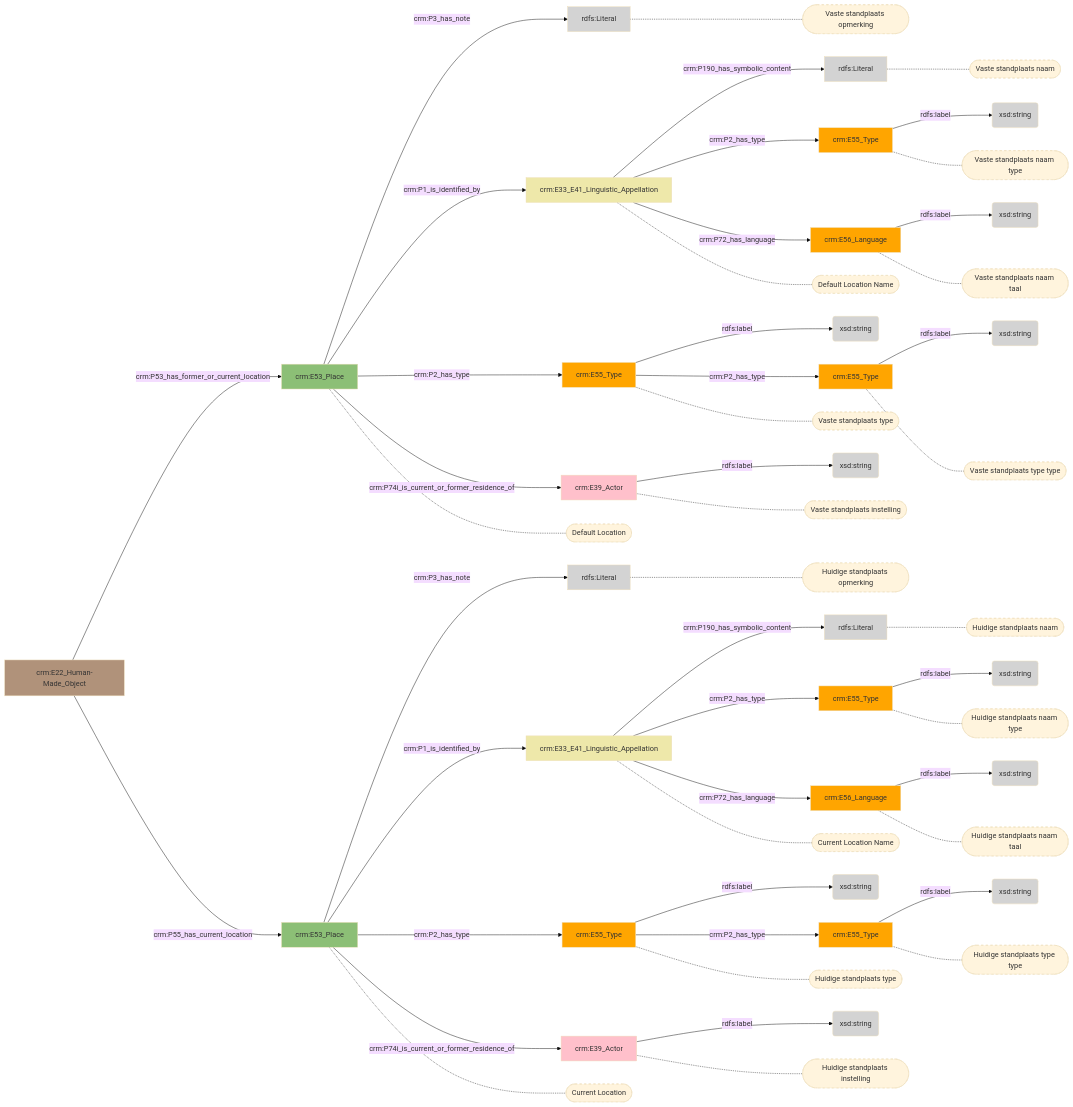
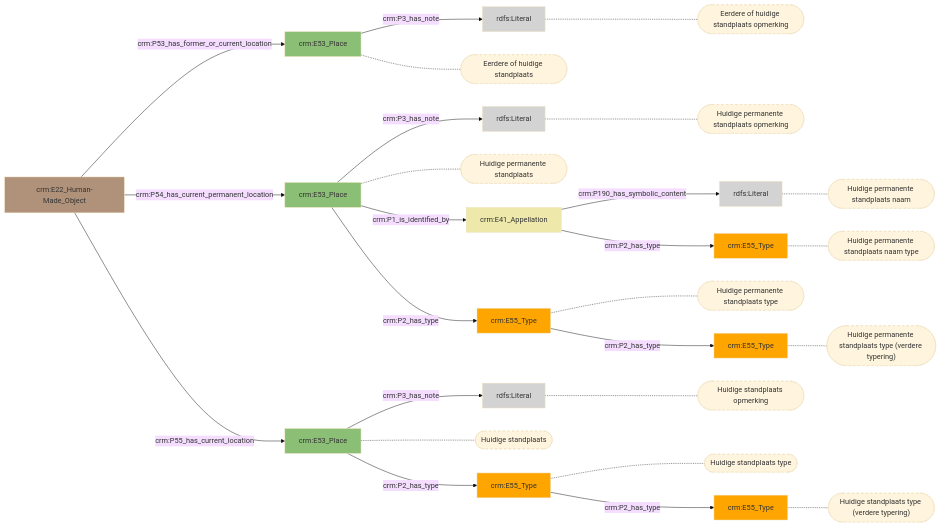
One commit to digipolisantwerpdocumentation/antwerp-cultureel-erfgoed changed the diagram in docs/content/modellen/MuseologicalObject/Bewaargegevens.md. Above: the diagram before and after it, drawn with Mermaid (base theme). The commit also changed 170 other files, not shown here.

````diff
--- a/docs/content/modellen/MuseologicalObject/Bewaargegevens.md
+++ b/docs/content/modellen/MuseologicalObject/Bewaargegevens.md
@@ -1,96 +1,54 @@
 ```mermaid
 graph LR
-5f44d5de-214b-11ee-b0c4-00163e71351b["crm:E55_Type"]-->|"rdfs:label"|5f44df20-214b-11ee-b0c4-00163e71351b(xsd:string)
+style 0f1fd631-11c7-11ef-a3dc-960002548b4f fill:#ffa500
+style 2228b397-11c7-11ef-a81c-960002548b4f fill:#ffa500
+style 363a94c3-11c7-11ef-8584-960002548b4f fill:#EEE8AA
+style 547aab60-11c7-11ef-a70e-960002548b4f fill:#D3D3D3
+style 5f44d5de-214b-11ee-b0c4-00163e71351b fill:#ffa500
+style 5f44d9bc-214b-11ee-b0c4-00163e71351b fill:#8CBF76
+style 5f44e574-214b-11ee-b0c4-00163e71351b fill:#ffa500
+style 5f44e678-214b-11ee-b0c4-00163e71351b fill:#D3D3D3
+style 66a39e0d-11c6-11ef-9391-960002548b4f fill:#8CBF76
+style aea27944-2149-11ee-bc5c-00163e71351b fill:#8CBF76
+style aea280f6-2149-11ee-bc5c-00163e71351b fill:#D3D3D3
+style b7ef04a1-11c7-11ef-8929-960002548b4f fill:#ffa500
+style f8ece1d5-11c7-11ef-a051-960002548b4f fill:#D3D3D3
+style fa95cea2-dd27-11ed-9655-00163e71351b fill:#B0927A
+363a94c3-11c7-11ef-8584-960002548b4f["crm:E41_Appellation"]-->|"crm:P190_has_symbolic_content"|547aab60-11c7-11ef-a70e-960002548b4f(rdfs:Literal)
 5f44d9bc-214b-11ee-b0c4-00163e71351b["crm:E53_Place"]-->|"crm:P3_has_note"|5f44e678-214b-11ee-b0c4-00163e71351b(rdfs:Literal)
-5f44dc82-214b-11ee-b0c4-00163e71351b["crm:E33_E41_Linguistic_Appellation"]-->|"crm:P190_has_symbolic_content"|5f44ebdc-214b-11ee-b0c4-00163e71351b(rdfs:Literal)
-5f44e574-214b-11ee-b0c4-00163e71351b["crm:E55_Type"]-->|"rdfs:label"|5f44e83a-214b-11ee-b0c4-00163e71351b(xsd:string)
-5f44e75e-214b-11ee-b0c4-00163e71351b["crm:E39_Actor"]-->|"rdfs:label"|5f44e920-214b-11ee-b0c4-00163e71351b(xsd:string)
-5f44ecc2-214b-11ee-b0c4-00163e71351b["crm:E55_Type"]-->|"rdfs:label"|5f44ea10-214b-11ee-b0c4-00163e71351b(xsd:string)
-5f44f2b2-214b-11ee-b0c4-00163e71351b["crm:E56_Language"]-->|"rdfs:label"|5f44ed9e-214b-11ee-b0c4-00163e71351b(xsd:string)
-aea27566-2149-11ee-bc5c-00163e71351b["crm:E55_Type"]-->|"rdfs:label"|aea27eda-2149-11ee-bc5c-00163e71351b(xsd:string)
+66a39e0d-11c6-11ef-9391-960002548b4f["crm:E53_Place"]-->|"crm:P3_has_note"|f8ece1d5-11c7-11ef-a051-960002548b4f(rdfs:Literal)
 aea27944-2149-11ee-bc5c-00163e71351b["crm:E53_Place"]-->|"crm:P3_has_note"|aea280f6-2149-11ee-bc5c-00163e71351b(rdfs:Literal)
-aea27c14-2149-11ee-bc5c-00163e71351b["crm:E33_E41_Linguistic_Appellation"]-->|"crm:P190_has_symbolic_content"|aea2865a-2149-11ee-bc5c-00163e71351b(rdfs:Literal)
-aea28006-2149-11ee-bc5c-00163e71351b["crm:E55_Type"]-->|"rdfs:label"|aea282cc-2149-11ee-bc5c-00163e71351b(xsd:string)
-aea281e6-2149-11ee-bc5c-00163e71351b["crm:E39_Actor"]-->|"rdfs:label"|aea283b2-2149-11ee-bc5c-00163e71351b(xsd:string)
-aea28740-2149-11ee-bc5c-00163e71351b["crm:E55_Type"]-->|"rdfs:label"|aea28498-2149-11ee-bc5c-00163e71351b(xsd:string)
-aea28d62-2149-11ee-bc5c-00163e71351b["crm:E56_Language"]-->|"rdfs:label"|aea28826-2149-11ee-bc5c-00163e71351b(xsd:string)
-5f44d5de-214b-11ee-b0c4-00163e71351b["crm:E55_Type"]-->|"crm:P2_has_type"|5f44e574-214b-11ee-b0c4-00163e71351b["crm:E55_Type"]
-5f44d9bc-214b-11ee-b0c4-00163e71351b["crm:E53_Place"]-->|"crm:P1_is_identified_by"|5f44dc82-214b-11ee-b0c4-00163e71351b["crm:E33_E41_Linguistic_Appellation"]
-5f44d9bc-214b-11ee-b0c4-00163e71351b["crm:E53_Place"]-->|"crm:P2_has_type"|5f44d5de-214b-11ee-b0c4-00163e71351b["crm:E55_Type"]
-5f44d9bc-214b-11ee-b0c4-00163e71351b["crm:E53_Place"]-->|"crm:P74i_is_current_or_former_residence_of"|5f44e75e-214b-11ee-b0c4-00163e71351b["crm:E39_Actor"]
-5f44dc82-214b-11ee-b0c4-00163e71351b["crm:E33_E41_Linguistic_Appellation"]-->|"crm:P2_has_type"|5f44ecc2-214b-11ee-b0c4-00163e71351b["crm:E55_Type"]
-5f44dc82-214b-11ee-b0c4-00163e71351b["crm:E33_E41_Linguistic_Appellation"]-->|"crm:P72_has_language"|5f44f2b2-214b-11ee-b0c4-00163e71351b["crm:E56_Language"]
-aea27566-2149-11ee-bc5c-00163e71351b["crm:E55_Type"]-->|"crm:P2_has_type"|aea28006-2149-11ee-bc5c-00163e71351b["crm:E55_Type"]
-aea27944-2149-11ee-bc5c-00163e71351b["crm:E53_Place"]-->|"crm:P1_is_identified_by"|aea27c14-2149-11ee-bc5c-00163e71351b["crm:E33_E41_Linguistic_Appellation"]
-aea27944-2149-11ee-bc5c-00163e71351b["crm:E53_Place"]-->|"crm:P2_has_type"|aea27566-2149-11ee-bc5c-00163e71351b["crm:E55_Type"]
-aea27944-2149-11ee-bc5c-00163e71351b["crm:E53_Place"]-->|"crm:P74i_is_current_or_former_residence_of"|aea281e6-2149-11ee-bc5c-00163e71351b["crm:E39_Actor"]
-aea27c14-2149-11ee-bc5c-00163e71351b["crm:E33_E41_Linguistic_Appellation"]-->|"crm:P2_has_type"|aea28740-2149-11ee-bc5c-00163e71351b["crm:E55_Type"]
-aea27c14-2149-11ee-bc5c-00163e71351b["crm:E33_E41_Linguistic_Appellation"]-->|"crm:P72_has_language"|aea28d62-2149-11ee-bc5c-00163e71351b["crm:E56_Language"]
-fa95cea2-dd27-11ed-9655-00163e71351b["crm:E22_Human-Made_Object"]-->|"crm:P53_has_former_or_current_location"|aea27944-2149-11ee-bc5c-00163e71351b["crm:E53_Place"]
-fa95cea2-dd27-11ed-9655-00163e71351b["crm:E22_Human-Made_Object"]-->|"crm:P55_has_current_location"|5f44d9bc-214b-11ee-b0c4-00163e71351b["crm:E53_Place"]
-5f44e574-214b-11ee-b0c4-00163e71351b["crm:E55_Type"]-.-5f44e574-214b-11ee-b0c4-00163e71351b_s(["Huidige standplaats type type"])
-5f44dc82-214b-11ee-b0c4-00163e71351b["crm:E33_E41_Linguistic_Appellation"]-.-5f44dc82-214b-11ee-b0c4-00163e71351b_s(["Current Location Name"])
+2228b397-11c7-11ef-a81c-960002548b4f["crm:E55_Type"]-.-2228b397-11c7-11ef-a81c-960002548b4f_s(["Huidige permanente standplaats type (verdere typering)"])
+547aab60-11c7-11ef-a70e-960002548b4f["rdfs:Literal"]-.-547aab60-11c7-11ef-a70e-960002548b4f_s(["Huidige permanente standplaats naam"])
+b7ef04a1-11c7-11ef-8929-960002548b4f["crm:E55_Type"]-.-b7ef04a1-11c7-11ef-8929-960002548b4f_s(["Huidige permanente standplaats naam type"])
+5f44e574-214b-11ee-b0c4-00163e71351b["crm:E55_Type"]-.-5f44e574-214b-11ee-b0c4-00163e71351b_s(["Huidige standplaats type (verdere typering)"])
 5f44d5de-214b-11ee-b0c4-00163e71351b["crm:E55_Type"]-.-5f44d5de-214b-11ee-b0c4-00163e71351b_s(["Huidige standplaats type"])
 5f44e678-214b-11ee-b0c4-00163e71351b["rdfs:Literal"]-.-5f44e678-214b-11ee-b0c4-00163e71351b_s(["Huidige standplaats opmerking"])
-5f44e75e-214b-11ee-b0c4-00163e71351b["crm:E39_Actor"]-.-5f44e75e-214b-11ee-b0c4-00163e71351b_s(["Huidige standplaats instelling"])
-5f44ebdc-214b-11ee-b0c4-00163e71351b["rdfs:Literal"]-.-5f44ebdc-214b-11ee-b0c4-00163e71351b_s(["Huidige standplaats naam"])
-5f44ecc2-214b-11ee-b0c4-00163e71351b["crm:E55_Type"]-.-5f44ecc2-214b-11ee-b0c4-00163e71351b_s(["Huidige standplaats naam type"])
-5f44f2b2-214b-11ee-b0c4-00163e71351b["crm:E56_Language"]-.-5f44f2b2-214b-11ee-b0c4-00163e71351b_s(["Huidige standplaats naam taal"])
-aea28006-2149-11ee-bc5c-00163e71351b["crm:E55_Type"]-.-aea28006-2149-11ee-bc5c-00163e71351b_s(["Vaste standplaats type type"])
-aea27c14-2149-11ee-bc5c-00163e71351b["crm:E33_E41_Linguistic_Appellation"]-.-aea27c14-2149-11ee-bc5c-00163e71351b_s(["Default Location Name"])
-aea27566-2149-11ee-bc5c-00163e71351b["crm:E55_Type"]-.-aea27566-2149-11ee-bc5c-00163e71351b_s(["Vaste standplaats type"])
-aea280f6-2149-11ee-bc5c-00163e71351b["rdfs:Literal"]-.-aea280f6-2149-11ee-bc5c-00163e71351b_s(["Vaste standplaats opmerking"])
-aea281e6-2149-11ee-bc5c-00163e71351b["crm:E39_Actor"]-.-aea281e6-2149-11ee-bc5c-00163e71351b_s(["Vaste standplaats instelling"])
-aea2865a-2149-11ee-bc5c-00163e71351b["rdfs:Literal"]-.-aea2865a-2149-11ee-bc5c-00163e71351b_s(["Vaste standplaats naam"])
-aea28740-2149-11ee-bc5c-00163e71351b["crm:E55_Type"]-.-aea28740-2149-11ee-bc5c-00163e71351b_s(["Vaste standplaats naam type"])
-aea28d62-2149-11ee-bc5c-00163e71351b["crm:E56_Language"]-.-aea28d62-2149-11ee-bc5c-00163e71351b_s(["Vaste standplaats naam taal"])
-aea27944-2149-11ee-bc5c-00163e71351b["crm:E53_Place"]-.-aea27944-2149-11ee-bc5c-00163e71351b_s(["Default Location"])
-5f44d9bc-214b-11ee-b0c4-00163e71351b["crm:E53_Place"]-.-5f44d9bc-214b-11ee-b0c4-00163e71351b_s(["Current Location"])
+0f1fd631-11c7-11ef-a3dc-960002548b4f["crm:E55_Type"]-.-0f1fd631-11c7-11ef-a3dc-960002548b4f_s(["Huidige permanente standplaats type"])
+f8ece1d5-11c7-11ef-a051-960002548b4f["rdfs:Literal"]-.-f8ece1d5-11c7-11ef-a051-960002548b4f_s(["Huidige permanente standplaats opmerking"])
+aea280f6-2149-11ee-bc5c-00163e71351b["rdfs:Literal"]-.-aea280f6-2149-11ee-bc5c-00163e71351b_s(["Eerdere of huidige standplaats opmerking"])
+aea27944-2149-11ee-bc5c-00163e71351b["crm:E53_Place"]-.-aea27944-2149-11ee-bc5c-00163e71351b_s(["Eerdere of huidige standplaats"])
+66a39e0d-11c6-11ef-9391-960002548b4f["crm:E53_Place"]-.-66a39e0d-11c6-11ef-9391-960002548b4f_s(["Huidige permanente standplaats"])
+5f44d9bc-214b-11ee-b0c4-00163e71351b["crm:E53_Place"]-.-5f44d9bc-214b-11ee-b0c4-00163e71351b_s(["Huidige standplaats"])
+style 2228b397-11c7-11ef-a81c-960002548b4f_s stroke-dasharray: 5
+style 547aab60-11c7-11ef-a70e-960002548b4f_s stroke-dasharray: 5
+style b7ef04a1-11c7-11ef-8929-960002548b4f_s stroke-dasharray: 5
 style 5f44e574-214b-11ee-b0c4-00163e71351b_s stroke-dasharray: 5
-style 5f44dc82-214b-11ee-b0c4-00163e71351b_s stroke-dasharray: 5
 style 5f44d5de-214b-11ee-b0c4-00163e71351b_s stroke-dasharray: 5
 style 5f44e678-214b-11ee-b0c4-00163e71351b_s stroke-dasharray: 5
-style 5f44e75e-214b-11ee-b0c4-00163e71351b_s stroke-dasharray: 5
-style 5f44ebdc-214b-11ee-b0c4-00163e71351b_s stroke-dasharray: 5
-style 5f44ecc2-214b-11ee-b0c4-00163e71351b_s stroke-dasharray: 5
-style 5f44f2b2-214b-11ee-b0c4-00163e71351b_s stroke-dasharray: 5
-style aea28006-2149-11ee-bc5c-00163e71351b_s stroke-dasharray: 5
-style aea27c14-2149-11ee-bc5c-00163e71351b_s stroke-dasharray: 5
-style aea27566-2149-11ee-bc5c-00163e71351b_s stroke-dasharray: 5
+style 0f1fd631-11c7-11ef-a3dc-960002548b4f_s stroke-dasharray: 5
+style f8ece1d5-11c7-11ef-a051-960002548b4f_s stroke-dasharray: 5
 style aea280f6-2149-11ee-bc5c-00163e71351b_s stroke-dasharray: 5
-style aea281e6-2149-11ee-bc5c-00163e71351b_s stroke-dasharray: 5
-style aea2865a-2149-11ee-bc5c-00163e71351b_s stroke-dasharray: 5
-style aea28740-2149-11ee-bc5c-00163e71351b_s stroke-dasharray: 5
-style aea28d62-2149-11ee-bc5c-00163e71351b_s stroke-dasharray: 5
 style aea27944-2149-11ee-bc5c-00163e71351b_s stroke-dasharray: 5
+style 66a39e0d-11c6-11ef-9391-960002548b4f_s stroke-dasharray: 5
 style 5f44d9bc-214b-11ee-b0c4-00163e71351b_s stroke-dasharray: 5
-style 5f44d5de-214b-11ee-b0c4-00163e71351b fill:#ffa500
-style 5f44d9bc-214b-11ee-b0c4-00163e71351b fill:#8CBF76
-style 5f44dc82-214b-11ee-b0c4-00163e71351b fill:#EEE8AA
-style 5f44df20-214b-11ee-b0c4-00163e71351b fill:#D3D3D3
-style 5f44e574-214b-11ee-b0c4-00163e71351b fill:#ffa500
-style 5f44e678-214b-11ee-b0c4-00163e71351b fill:#D3D3D3
-style 5f44e75e-214b-11ee-b0c4-00163e71351b fill:#ffc0cb
-style 5f44e83a-214b-11ee-b0c4-00163e71351b fill:#D3D3D3
-style 5f44e920-214b-11ee-b0c4-00163e71351b fill:#D3D3D3
-style 5f44ea10-214b-11ee-b0c4-00163e71351b fill:#D3D3D3
-style 5f44ebdc-214b-11ee-b0c4-00163e71351b fill:#D3D3D3
-style 5f44ecc2-214b-11ee-b0c4-00163e71351b fill:#ffa500
-style 5f44ed9e-214b-11ee-b0c4-00163e71351b fill:#D3D3D3
-style 5f44f2b2-214b-11ee-b0c4-00163e71351b fill:#ffa500
-style aea27566-2149-11ee-bc5c-00163e71351b fill:#ffa500
-style aea27944-2149-11ee-bc5c-00163e71351b fill:#8CBF76
-style aea27c14-2149-11ee-bc5c-00163e71351b fill:#EEE8AA
-style aea27eda-2149-11ee-bc5c-00163e71351b fill:#D3D3D3
-style aea28006-2149-11ee-bc5c-00163e71351b fill:#ffa500
-style aea280f6-2149-11ee-bc5c-00163e71351b fill:#D3D3D3
-style aea281e6-2149-11ee-bc5c-00163e71351b fill:#ffc0cb
-style aea282cc-2149-11ee-bc5c-00163e71351b fill:#D3D3D3
-style aea283b2-2149-11ee-bc5c-00163e71351b fill:#D3D3D3
-style aea28498-2149-11ee-bc5c-00163e71351b fill:#D3D3D3
-style aea2865a-2149-11ee-bc5c-00163e71351b fill:#D3D3D3
-style aea28740-2149-11ee-bc5c-00163e71351b fill:#ffa500
-style aea28826-2149-11ee-bc5c-00163e71351b fill:#D3D3D3
-style aea28d62-2149-11ee-bc5c-00163e71351b fill:#ffa500
-style fa95cea2-dd27-11ed-9655-00163e71351b fill:#B0927A
+0f1fd631-11c7-11ef-a3dc-960002548b4f["crm:E55_Type"]-->|"crm:P2_has_type"|2228b397-11c7-11ef-a81c-960002548b4f["crm:E55_Type"]
+363a94c3-11c7-11ef-8584-960002548b4f["crm:E41_Appellation"]-->|"crm:P2_has_type"|b7ef04a1-11c7-11ef-8929-960002548b4f["crm:E55_Type"]
+5f44d5de-214b-11ee-b0c4-00163e71351b["crm:E55_Type"]-->|"crm:P2_has_type"|5f44e574-214b-11ee-b0c4-00163e71351b["crm:E55_Type"]
+5f44d9bc-214b-11ee-b0c4-00163e71351b["crm:E53_Place"]-->|"crm:P2_has_type"|5f44d5de-214b-11ee-b0c4-00163e71351b["crm:E55_Type"]
+66a39e0d-11c6-11ef-9391-960002548b4f["crm:E53_Place"]-->|"crm:P1_is_identified_by"|363a94c3-11c7-11ef-8584-960002548b4f["crm:E41_Appellation"]
+66a39e0d-11c6-11ef-9391-960002548b4f["crm:E53_Place"]-->|"crm:P2_has_type"|0f1fd631-11c7-11ef-a3dc-960002548b4f["crm:E55_Type"]
+fa95cea2-dd27-11ed-9655-00163e71351b["crm:E22_Human-Made_Object"]-->|"crm:P53_has_former_or_current_location"|aea27944-2149-11ee-bc5c-00163e71351b["crm:E53_Place"]
+fa95cea2-dd27-11ed-9655-00163e71351b["crm:E22_Human-Made_Object"]-->|"crm:P54_has_current_permanent_location"|66a39e0d-11c6-11ef-9391-960002548b4f["crm:E53_Place"]
+fa95cea2-dd27-11ed-9655-00163e71351b["crm:E22_Human-Made_Object"]-->|"crm:P55_has_current_location"|5f44d9bc-214b-11ee-b0c4-00163e71351b["crm:E53_Place"]
 ```
````
